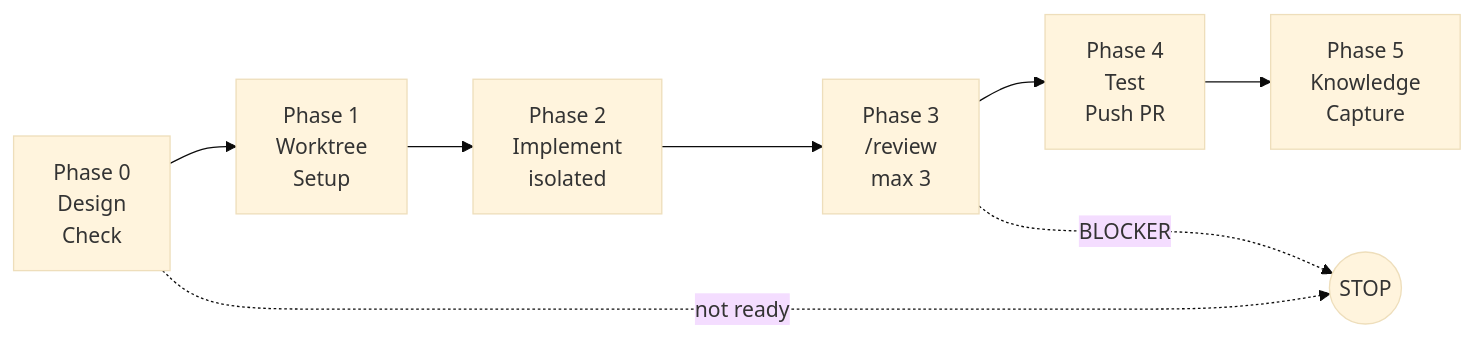
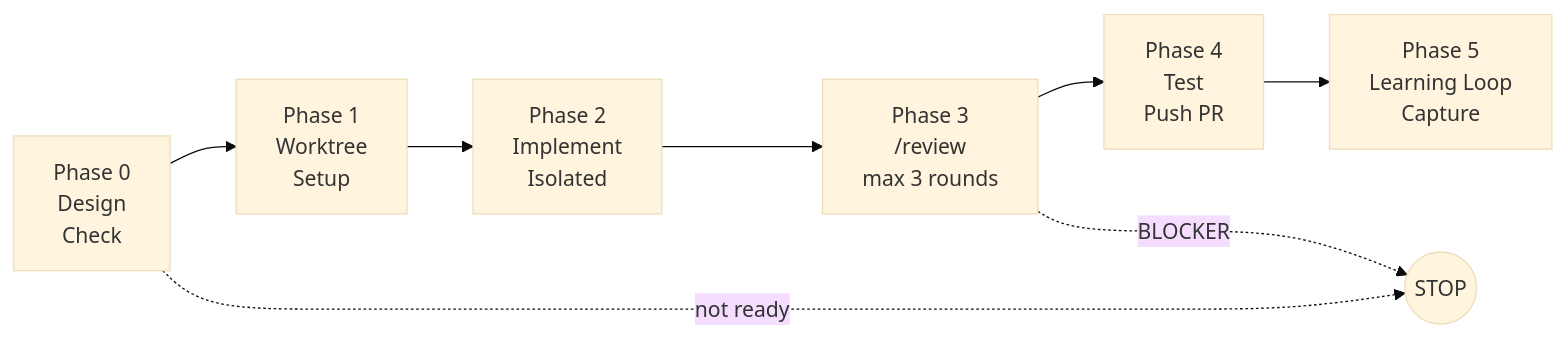
Before and after one commit to SideMountain/claude-code-sidekick: the third of 3 diagrams in README.md, drawn with Mermaid (base theme). The commit also changed other lines of this file and 6 other files, not shown here.

````diff
--- a/README.md
+++ b/README.md
@@ -206,10 +278,10 @@
 ```mermaid
 flowchart LR
-    P0["Phase 0\nDesign\nCheck"] --> P1["Phase 1\nWorktree\nSetup"]
-    P1 --> P2["Phase 2\nImplement\nisolated"]
-    P2 --> P3["Phase 3\n/review\nmax 3"]
-    P3 --> P4["Phase 4\nTest\nPush PR"]
-    P4 --> P5["Phase 5\nKnowledge\nCapture"]
+    P0["Phase 0<br/>Design<br/>Check"] --> P1["Phase 1<br/>Worktree<br/>Setup"]
+    P1 --> P2["Phase 2<br/>Implement<br/>Isolated"]
+    P2 --> P3["Phase 3<br/>/review<br/>max 3 rounds"]
+    P3 --> P4["Phase 4<br/>Test<br/>Push PR"]
+    P4 --> P5["Phase 5<br/>Learning Loop<br/>Capture"]
     P0 -..->|"not ready"| STOP(("STOP"))
     P3 -..->|"BLOCKER"| STOP
 ```
````
